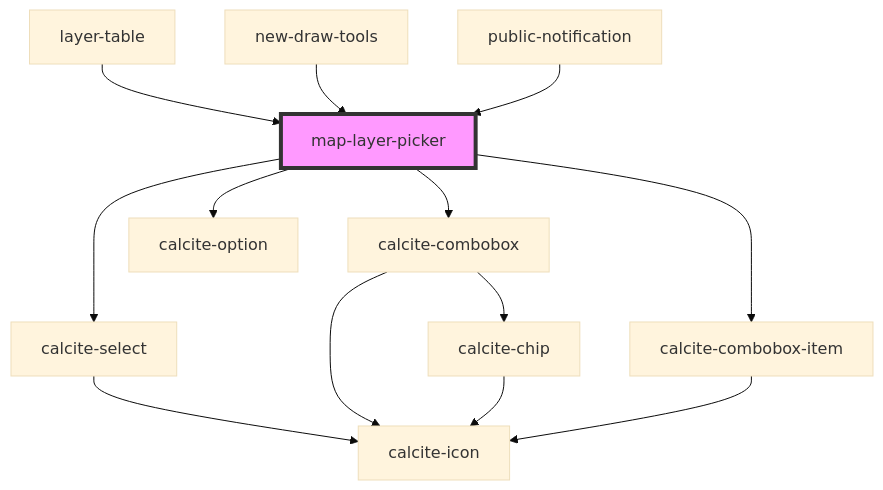
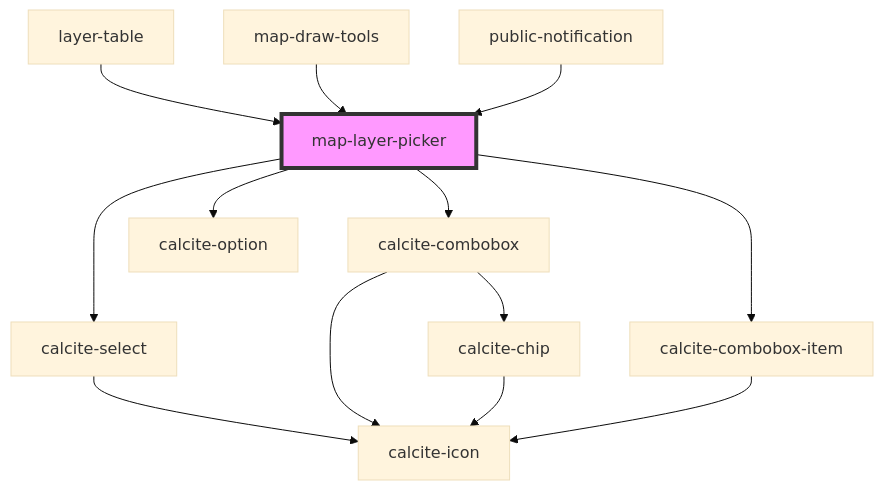
Before and after one commit to Esri/solutions-components: the diagram in src/components/map-layer-picker/readme.md, drawn with Mermaid (base theme). The commit also changed other lines of this file and 13 other files, not shown here.

Commit message:
rename back to map-draw-tools

````diff
--- a/src/components/map-layer-picker/readme.md
+++ b/src/components/map-layer-picker/readme.md
@@ -41,16 +41,16 @@
 ```mermaid
 graph TD;
   map-layer-picker --> calcite-select
   map-layer-picker --> calcite-combobox
   map-layer-picker --> calcite-combobox-item
   map-layer-picker --> calcite-option
   calcite-select --> calcite-icon
   calcite-combobox --> calcite-chip
   calcite-combobox --> calcite-icon
   calcite-chip --> calcite-icon
   calcite-combobox-item --> calcite-icon
   layer-table --> map-layer-picker
-  new-draw-tools --> map-layer-picker
+  map-draw-tools --> map-layer-picker
   public-notification --> map-layer-picker
   style map-layer-picker fill:#f9f,stroke:#333,stroke-width:4px
 ```
````
